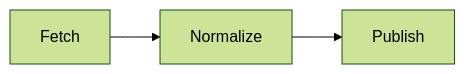
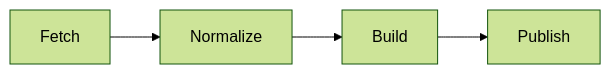
One commit to TechFrederick/community changed the diagram in docs/techcity/index.md. Above: the diagram before and after it, drawn with Mermaid (forest theme). The commit also changed other lines of this file and 7 other files, not shown here.

````diff
--- a/docs/techcity/index.md
+++ b/docs/techcity/index.md
@@ -29,4 +29,4 @@
 ```mermaid
 flowchart LR
-    Fetch --> Normalize --> Publish
+    Fetch --> Normalize --> Build --> Publish
 ```
````
